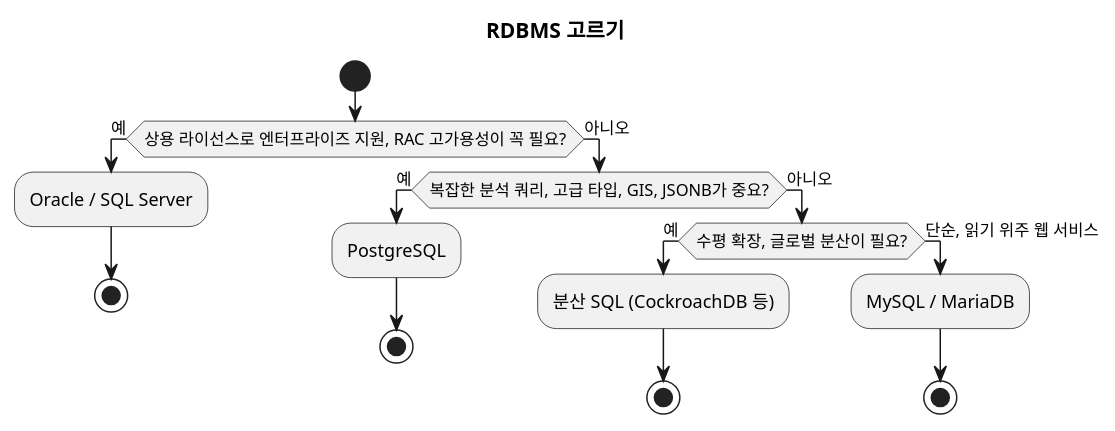
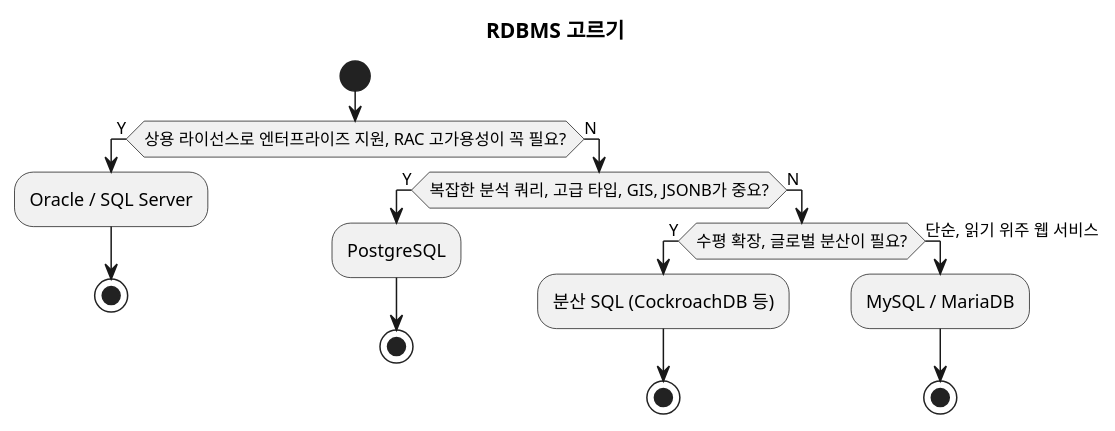
One commit to johnycho/johny-dev changed the diagram in blog/2026-09-23-rdbms-comparison.mdx. Above: the diagram before and after it, drawn with PlantUML. The commit also changed 70 other files, not shown here.

````diff
--- a/blog/2026-09-23-rdbms-comparison.mdx
+++ b/blog/2026-09-23-rdbms-comparison.mdx
@@ -81,23 +81,23 @@
 ```plantuml
 @startuml
 title RDBMS 고르기
 start
-if (상용 라이선스로 엔터프라이즈 지원, RAC 고가용성이 꼭 필요?) then (예)
+if (상용 라이선스로 엔터프라이즈 지원, RAC 고가용성이 꼭 필요?) then (Y)
   :Oracle / SQL Server;
   stop
-else (아니오)
-  if (복잡한 분석 쿼리, 고급 타입, GIS, JSONB가 중요?) then (예)
+else (N)
+  if (복잡한 분석 쿼리, 고급 타입, GIS, JSONB가 중요?) then (Y)
     :PostgreSQL;
     stop
-  else (아니오)
-    if (수평 확장, 글로벌 분산이 필요?) then (예)
+  else (N)
+    if (수평 확장, 글로벌 분산이 필요?) then (Y)
       :분산 SQL (CockroachDB 등);
       stop
     else (단순, 읽기 위주 웹 서비스)
       :MySQL / MariaDB;
       stop
     endif
   endif
 endif
 @enduml
 ```
````
